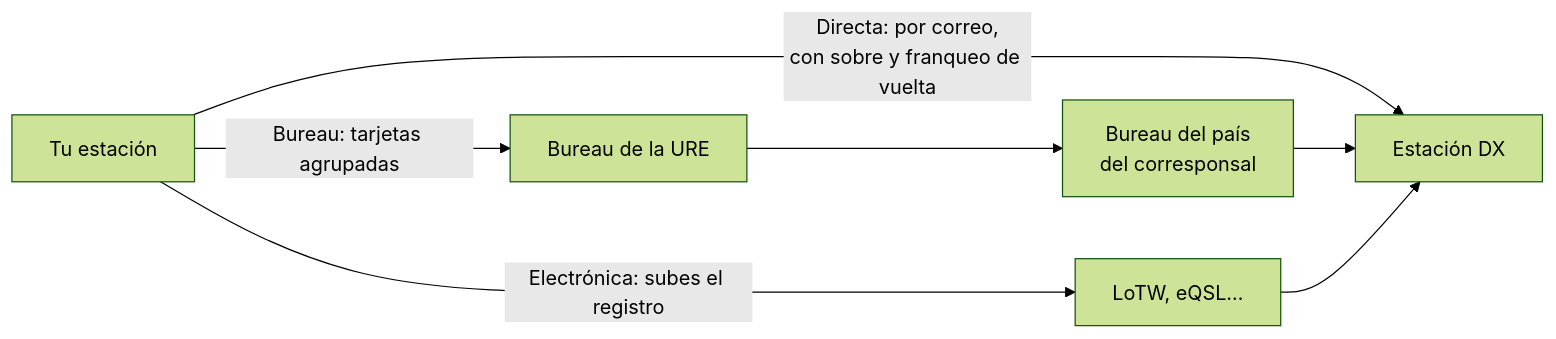
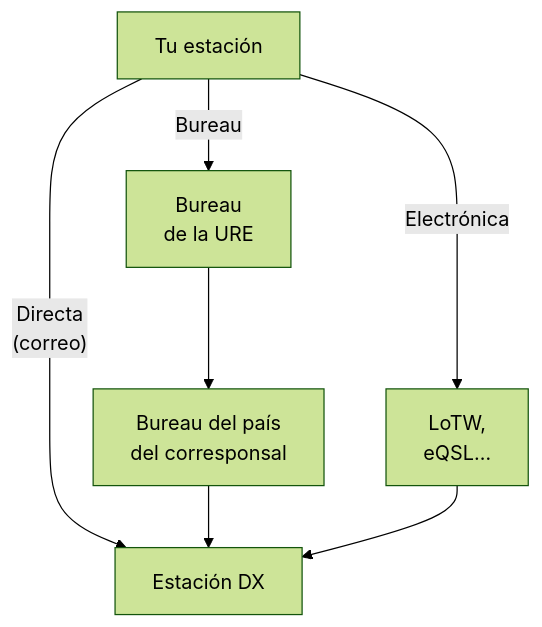
The third of 3 diagrams in docs/10-operacion.md (mshodai/manual-radioaficionado), drawn with Mermaid (forest theme) before and after one commit. The commit also changed other lines of this file and 33 other files, not shown here.

````diff
--- a/docs/10-operacion.md
+++ b/docs/10-operacion.md
@@ -306,6 +306,10 @@
 ```mermaid
-flowchart LR
-    A["Tu estación"] -->|"Directa: por correo,<br/>con sobre y franqueo de vuelta"| B["Estación DX"]
-    A -->|"Bureau: tarjetas agrupadas"| C["Bureau de la URE"] --> D["Bureau del país<br/>del corresponsal"] --> B
-    A -->|"Electrónica: subes el registro"| E["LoTW, eQSL…"] --> B
+flowchart TB
+    A["Tu estación"]
+    A -->|"Directa<br/>(correo)"| B["Estación DX"]
+    A -->|"Bureau"| C["Bureau<br/>de la URE"]
+    C --> D["Bureau del país<br/>del corresponsal"]
+    D --> B
+    A -->|"Electrónica"| E["LoTW,<br/>eQSL…"]
+    E --> B
 ```
````
